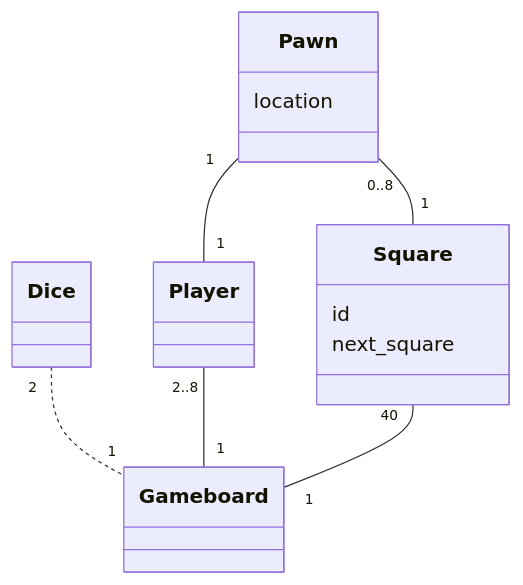
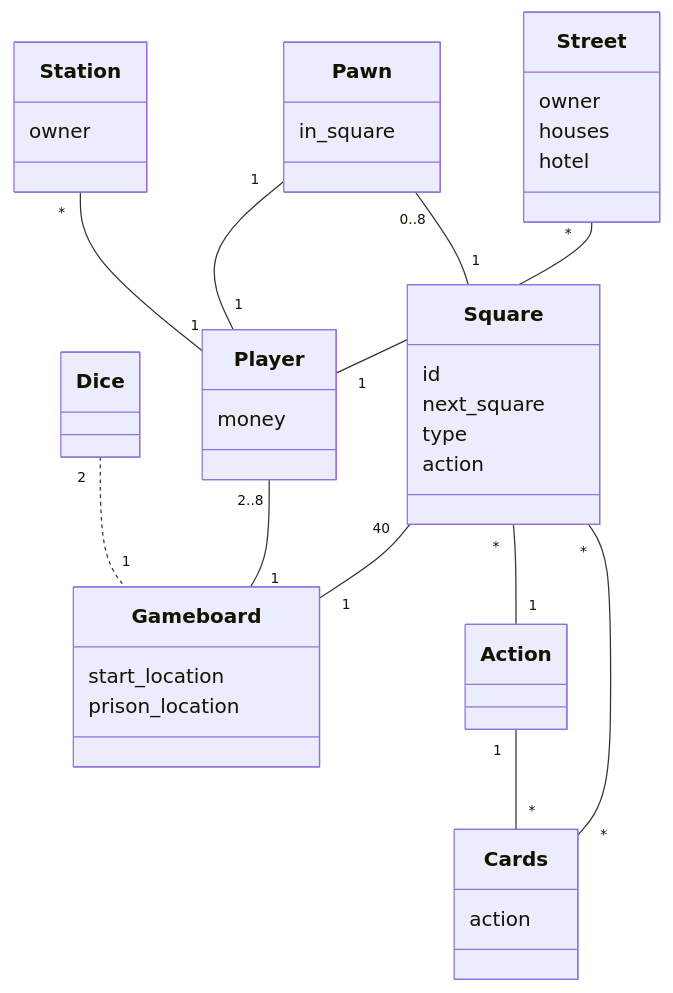
The diagram in laskarit/viikko3/laajennettu_monopoli.md (veskurau/ot-harjoitustyo), drawn with Mermaid before and after one commit.

````diff
--- a/laskarit/viikko3/laajennettu_monopoli.md
+++ b/laskarit/viikko3/laajennettu_monopoli.md
@@ -1,26 +1,49 @@
 ```mermaid
  classDiagram
      
       Dice "2" .. "1" Gameboard
       class Dice{
       }
       Player "2..8" -- "1" Gameboard
       
       class Player{
+          money
       }
       class Gameboard{
+      start_location
+      prison_location
       }
       Square "40" -- "1" Gameboard
       class Square{
           id 
           next_square
+          type
+          action
       }
       Pawn "1" -- "1" Player
       Pawn "0..8" -- "1" Square
       class Pawn{
-          location
+          in_square
+      }
+      Square "*" -- "1" Action
+      class Action{
+      }
+      Square "*" -- "*" Cards
+      Action "1" -- "*" Cards
+      class Cards{
+          action
+      }
+      Station "*" -- "1" Player
+      class Station{
+          owner
+      }
+      Street "*" -- "1" Player
+      class Street{
+          owner
+          houses
+          hotel
       }
 
 
 
 ```
````
